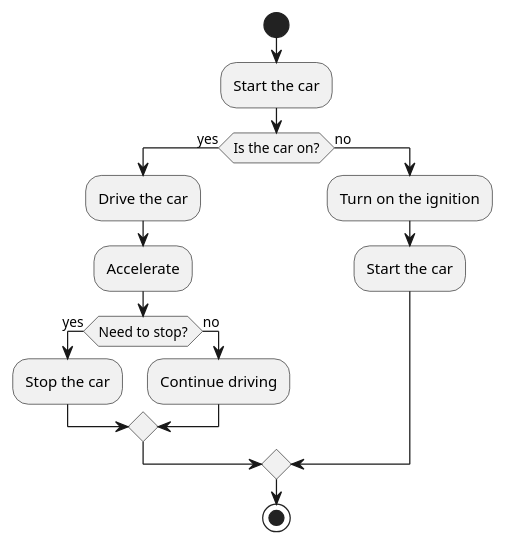
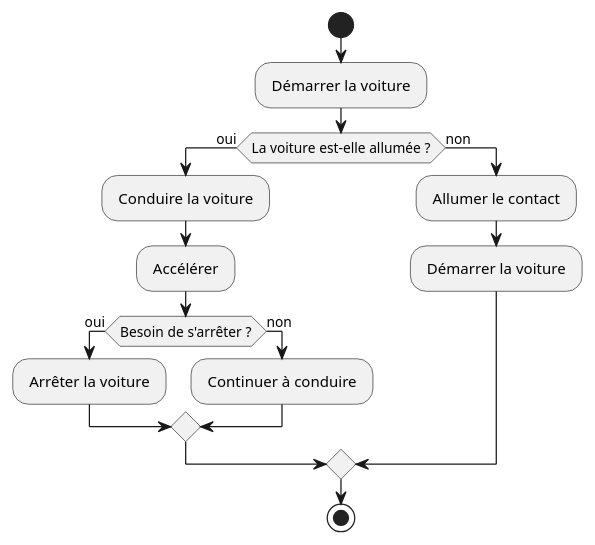
The second of 2 diagrams in src/docs/01-foundation-OOP-and-Java.md (mcgivrer/JavaGameInADay), drawn with PlantUML before and after one commit. The commit also changed other lines of this file, not shown here.

Commit message:
feat(chap1): create the chapter 1 with OOP & Java (and UML)

````diff
--- a/src/docs/01-foundation-OOP-and-Java.md
+++ b/src/docs/01-foundation-OOP-and-Java.md
@@ -192,21 +357,20 @@
 ```plantuml
-plantuml
 @startuml
-|Driver|
+|Conducteur|
 start
-:Start the car;
-if (Is the car on?) then (yes)
-  :Drive the car;
-  :Accelerate;
-  if (Need to stop?) then (yes)
-    :Stop the car;
-  else (no)
-    :Continue driving;
-  endif
-else (no)
-  :Turn on the ignition;
-  :Start the car;
+: Démarrer la voiture ;
+if (La voiture est-elle allumée ?) then (oui)
+: Conduire la voiture ;
+: Accélérer ;
+if (Besoin de s'arrêter ?) then (oui)
+: Arrêter la voiture ;
+else (non)
+: Continuer à conduire ;
+endif
+else (non)
+: Allumer le contact ;
+: Démarrer la voiture ;
 endif
 stop
 @enduml
 ```
````
